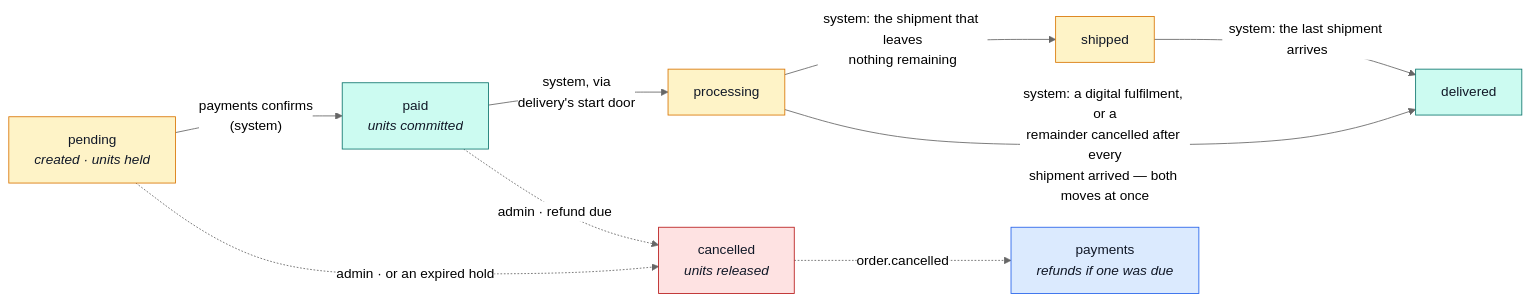
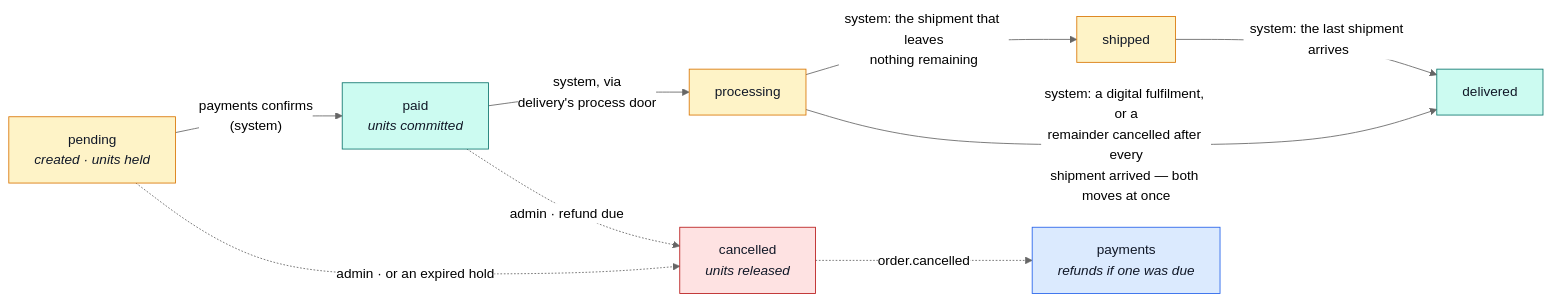
Before and after one commit to Guebbit/boilerplate-node-backend: the fourth of 9 diagrams in docs/modules/orders.md, drawn with Mermaid (neutral theme). The commit also changed other lines of this file and 32 other files, not shown here.

First line of the commit message:
feat(delivery)!: process a paid order at POST /orders/{id}/process

````diff
--- a/docs/modules/orders.md
+++ b/docs/modules/orders.md
@@ -273,21 +273,21 @@
 ```mermaid
 %%{init: {'flowchart': {'nodeSpacing': 30, 'rankSpacing': 55}}}%%
 flowchart LR
     P["pending<br/><i>created · units held</i>"] -->|"payments confirms<br/>(system)"| PA["paid<br/><i>units committed</i>"]
-    PA -->|"system, via<br/>delivery's start door"| PR["processing"]
+    PA -->|"system, via<br/>delivery's process door"| PR["processing"]
     PR -->|"system: the shipment that leaves<br/>nothing remaining"| SH["shipped"]
     SH -->|"system: the last shipment arrives"| DE["delivered"]
     PR -->|"system: a digital fulfilment, or a<br/>remainder cancelled after every<br/>shipment arrived — both moves at once"| DE
     P -.->|"admin · or an expired hold"| CA["cancelled<br/><i>units released</i>"]
     PA -.->|"admin · refund due"| CA
     CA -. "order.cancelled" .-> PM["payments<br/><i>refunds if one was due</i>"]
 
     classDef open fill:#fef3c7,stroke:#d97706,color:#111827;
     classDef done fill:#ccfbf1,stroke:#0f766e,color:#111827;
     classDef bad fill:#fee2e2,stroke:#b91c1c,color:#111827;
     classDef peer fill:#dbeafe,stroke:#2563eb,color:#111827;
     class P,PR,SH open;
     class PA,DE done;
     class CA bad;
     class PM peer;
 ```
````
